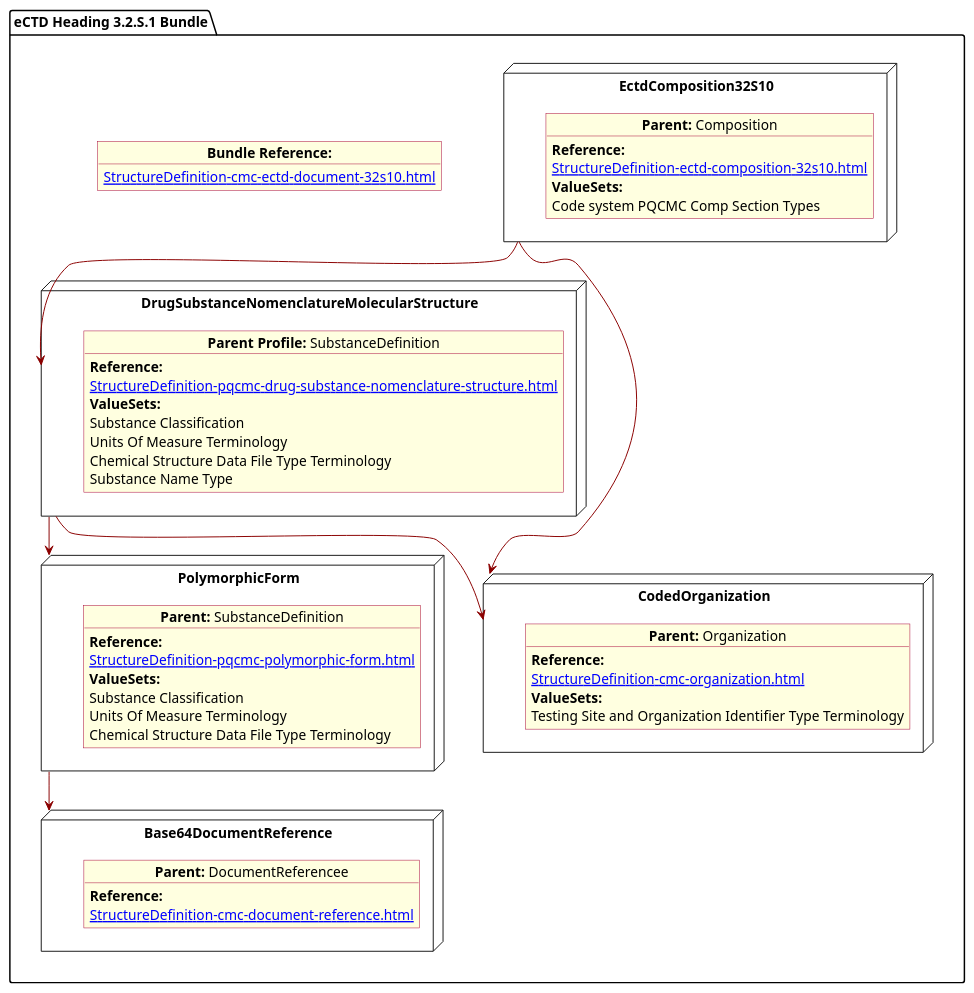
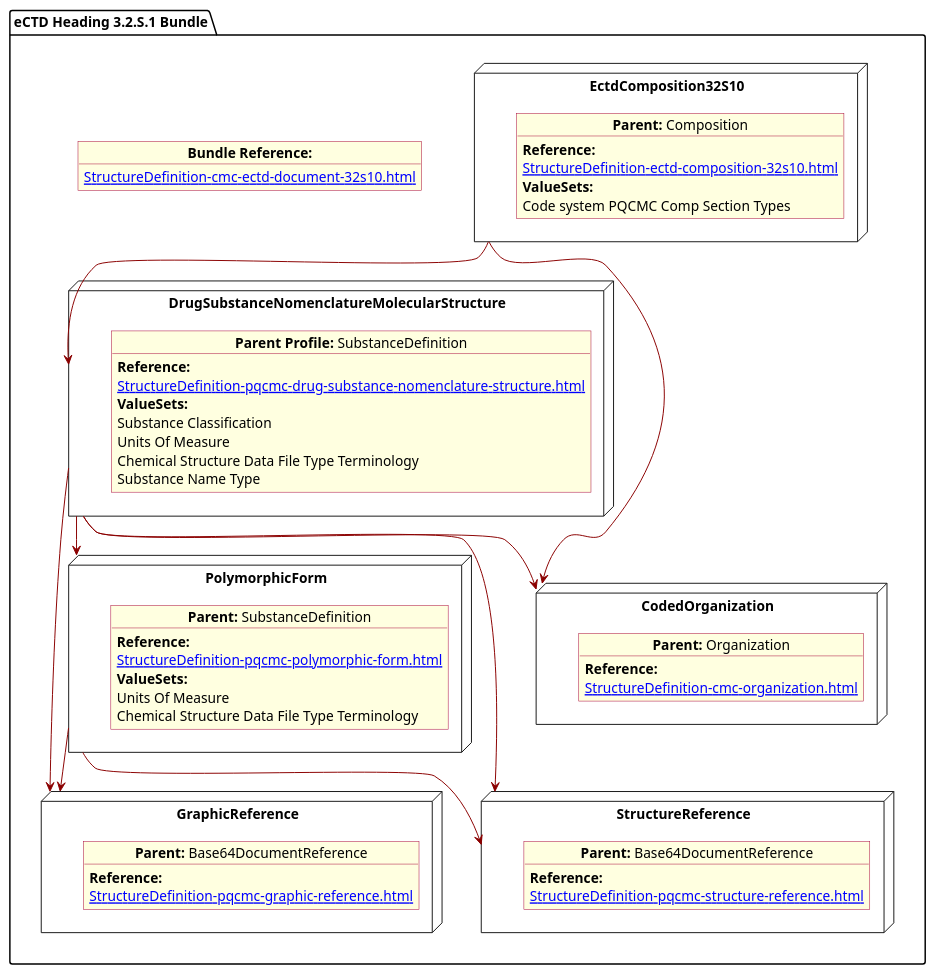
One commit to HL7/FHIR-us-pq-cmc-fda changed the diagram in input/images-source/SubstanceGeneral.plantuml. Above: the diagram before and after it, drawn with PlantUML. The commit also changed 17 other files, not shown here.

```diff
--- a/input/images-source/SubstanceGeneral.plantuml
+++ b/input/images-source/SubstanceGeneral.plantuml
@@ -1,74 +1,82 @@
 @startuml SubstanceGeneral
 allowmixing
 'Mixed model of use case and object
 skinparam svgDimensionStyle false
 skinparam ObjectBackgroundColor LightYellow
 skinparam ObjectBorderColor #A80036
 skinparam activityDiamondBorderColor #A80036
 skinparam activityDiamondBackgroundColor lawnGreen
 skinparam ClassBorderThickness 4
 
 package "eCTD Heading 3.2.S.1 Bundle" as NODES {
   object "**Bundle Reference:**" as objbun {
     [[StructureDefinition-cmc-ectd-document-32s10.html]]
   }
 
   node "DrugSubstanceNomenclatureMolecularStructure" as NN {
 
     object "**Parent Profile:** SubstanceDefinition" as obj3 {
       **Reference:**
       [[StructureDefinition-pqcmc-drug-substance-nomenclature-structure.html]]
       **ValueSets:**
       Substance Classification
-      Units Of Measure Terminology
+      Units Of Measure
       Chemical Structure Data File Type Terminology
-      Substance Name Type
+      Substance Name Type 
     }
   }
 
-  node "Base64DocumentReference" as NB64 {
+  node "GraphicReference" as NB64 {
 
-    object "**Parent:** DocumentReferencee"  as obj64 {
+    object "**Parent:** Base64DocumentReference"  as obj64 {
       **Reference:**
-      [[StructureDefinition-cmc-document-reference.html]]
+      [[StructureDefinition-pqcmc-graphic-reference.html]]
     }
   }
+
   node "EctdComposition32S10" as N1 {
 
     object "**Parent:** Composition" as obj1 {
       **Reference:**
       [[StructureDefinition-ectd-composition-32s10.html]]
       **ValueSets:**
       Code system PQCMC Comp Section Types
     }
 
   }
   node "PolymorphicForm" as N2 {
 
     object "**Parent:** SubstanceDefinition" as obj2 {
       **Reference:**
       [[StructureDefinition-pqcmc-polymorphic-form.html]]
       **ValueSets:**
-      Substance Classification
-      Units Of Measure Terminology
+      Units Of Measure
       Chemical Structure Data File Type Terminology
     }
   }
   node "CodedOrganization" as NSO {
 
     object "**Parent:** Organization" as objAu {
       **Reference:**
       [[StructureDefinition-cmc-organization.html]]
-      **ValueSets:**   
-      Testing Site and Organization Identifier Type Terminology
+  }
+  }
+ 
+  node "StructureReference" as NBstruc {
+
+    object "**Parent:** Base64DocumentReference"  as objb64 {
+      **Reference:**
+      [[StructureDefinition-pqcmc-structure-reference.html]]
     }
   }
 
- 
   N1 -[#darkred]-> NN
   NN -[#darkred]-> N2
+  NN -[#darkred]-> NB64
+  NN -[#darkred]-> NBstruc
   N2 -[#darkred]-> NB64
+  N2 -[#darkred]-> NBstruc
   N1 -[#darkred]-> NSO
   NN -[#darkred]-> NSO
 }
 @enduml
```
